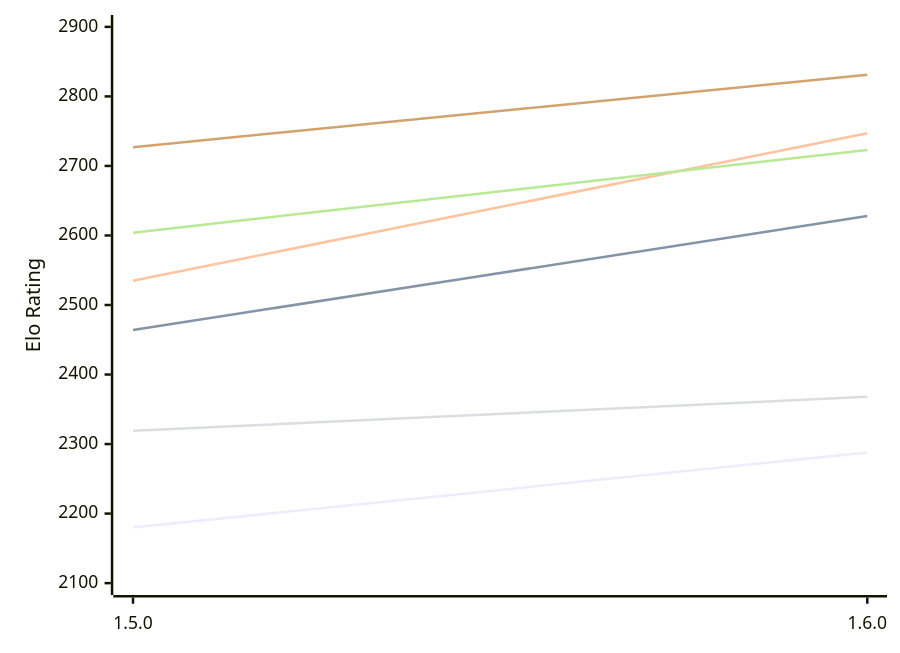
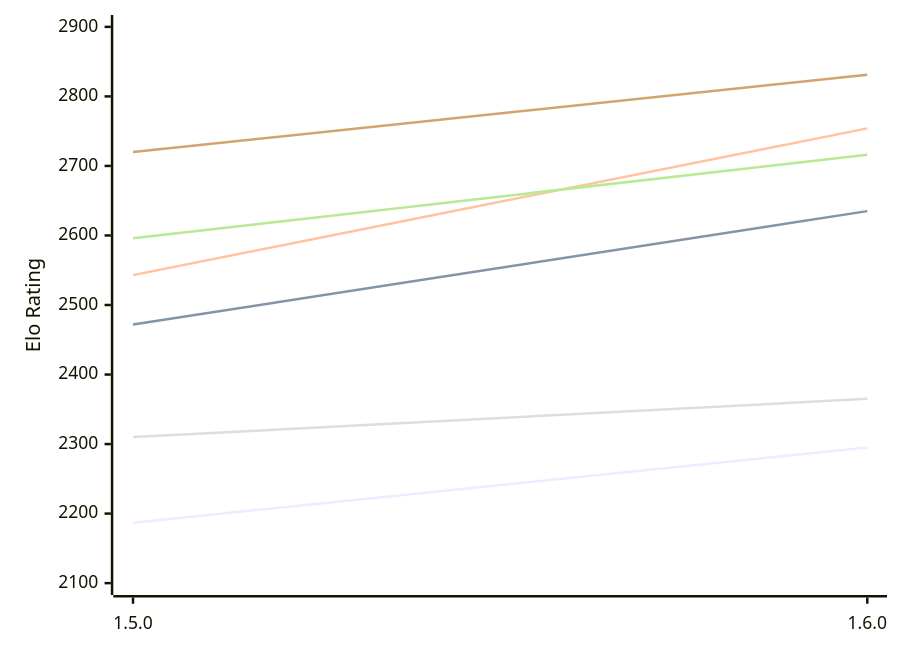
One commit to computer-chess-index/cci changed the first of 2 diagrams in engines/Tofiks.md. Above: the diagram before and after it, drawn with Mermaid. The commit also changed other lines of this file, not shown here.

Commit message:
Update CCI Ratings (ELO VLTC) - 2026-11-06

````diff
--- a/engines/Tofiks.md
+++ b/engines/Tofiks.md
@@ -51,12 +51,12 @@
 ```mermaid
 %%{init: {"theme":"base","themeVariables":{"seriesColors:['#a3a3a3','#222221','#faa371']}}}%%
 xychart-beta
   x-axis ["1.5.0", "1.6.0"]
   y-axis "Elo Rating" 2100 --> 2900
-  line "E1: STC (8.0+0.08s)" [2180, 2288]
-  line "E1: LTC (60.0+0.60s)" [2464, 2628]
-  line "E1: VLTC (2m24s+1.12s)" [2535, 2747]
-  line "P1: STC (8.0+0.08s)" [2319, 2368]
-  line "P1: LTC (60.0+0.60s)" [2604, 2723]
-  line "P1: VLTC (2m24s+1.12s)" [2727, 2831]
+  line "E1: STC (8.0+0.08s)" [2187, 2295]
+  line "E1: LTC (60.0+0.60s)" [2472, 2635]
+  line "E1: VLTC (2m24s+1.12s)" [2543, 2754]
+  line "P1: STC (8.0+0.08s)" [2310, 2365]
+  line "P1: LTC (60.0+0.60s)" [2596, 2716]
+  line "P1: VLTC (2m24s+1.12s)" [2720, 2831]
 ```
````
